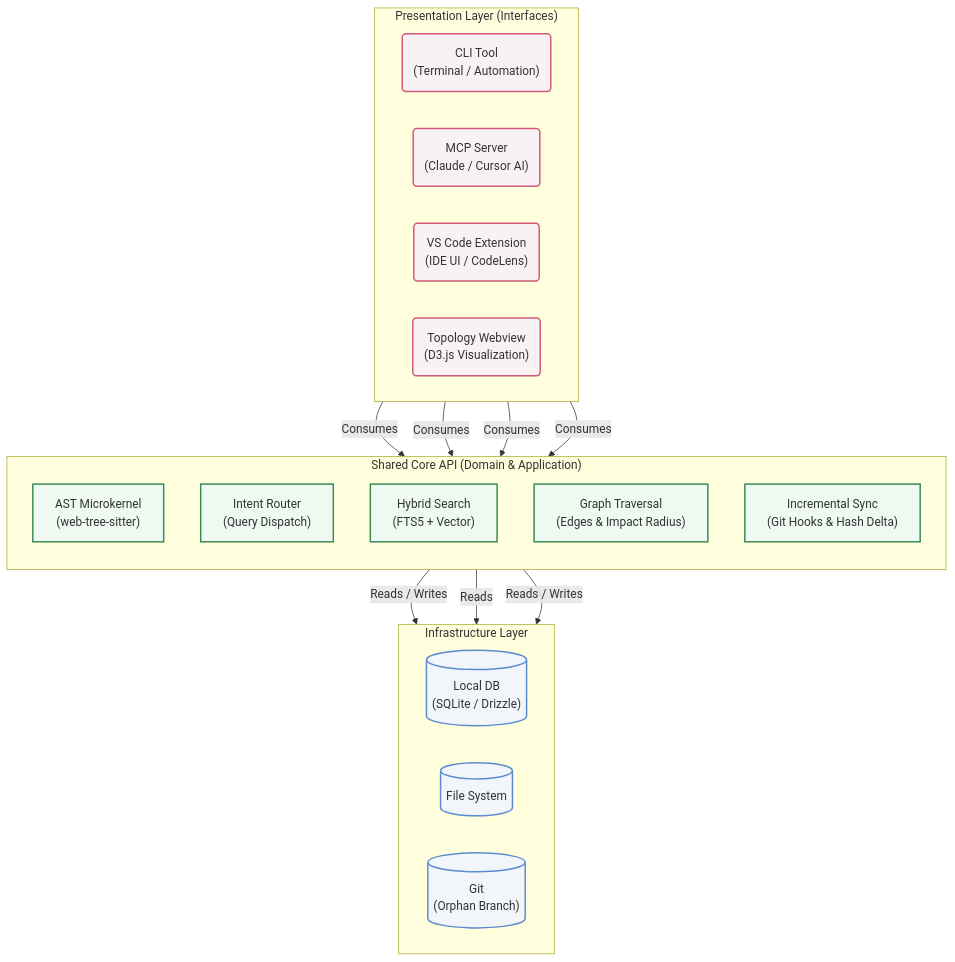
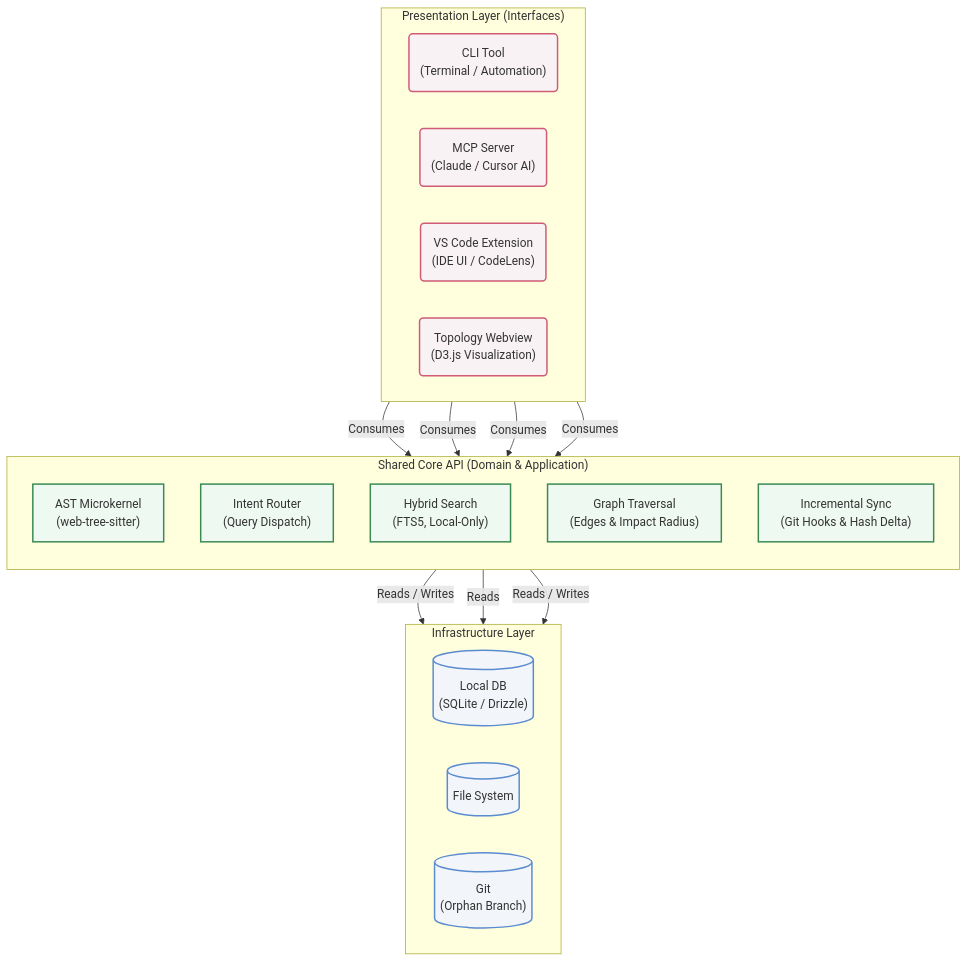
The diagram in docs/gitbook/adr/ADR-021-shared-core-api-and-presentation-layers.md (dyphn1/Docuvia), drawn with Mermaid before and after one commit. The commit also changed other lines of this file and 12 other files, not shown here.

````diff
--- a/docs/gitbook/adr/ADR-021-shared-core-api-and-presentation-layers.md
+++ b/docs/gitbook/adr/ADR-021-shared-core-api-and-presentation-layers.md
@@ -30,44 +31,44 @@
 ```mermaid
 flowchart TD
     subgraph Presentation["Presentation Layer (Interfaces)"]
         direction LR
         CLI("CLI Tool<br/>(Terminal / Automation)")
         MCP("MCP Server<br/>(Claude / Cursor AI)")
         VSC("VS Code Extension<br/>(IDE UI / CodeLens)")
         TOP("Topology Webview<br/>(D3.js Visualization)")
     end
 
     subgraph Core["Shared Core API (Domain & Application)"]
         direction TB
         AST["AST Microkernel<br/>(web-tree-sitter)"]
         IR["Intent Router<br/>(Query Dispatch)"]
-        HS["Hybrid Search<br/>(FTS5 + Vector)"]
+        HS["Hybrid Search<br/>(FTS5, Local-Only)"]
         GS["Graph Traversal<br/>(Edges & Impact Radius)"]
         SYNC["Incremental Sync<br/>(Git Hooks & Hash Delta)"]
     end
 
     subgraph Infrastructure["Infrastructure Layer"]
         direction LR
         DB[("Local DB<br/>(SQLite / Drizzle)")]
         FS[("File System")]
         GIT[("Git<br/>(Orphan Branch)")]
     end
 
     %% Connections
     CLI -->|Consumes| Core
     MCP -->|Consumes| Core
     VSC -->|Consumes| Core
     TOP -->|Consumes| Core
 
     Core -->|Reads / Writes| DB
     Core -->|Reads| FS
     Core -->|Reads / Writes| GIT
 
     classDef presentation fill:#f9f2f4,stroke:#d05b76,stroke-width:2px,color:#333;
     classDef core fill:#eef9f2,stroke:#3b8a54,stroke-width:2px,color:#333;
     classDef infra fill:#f2f5f9,stroke:#5b8cd0,stroke-width:2px,color:#333;
 
     class CLI,MCP,VSC,TOP presentation;
     class AST,IR,HS,GS,SYNC core;
     class DB,FS,GIT infra;
 ```
````
